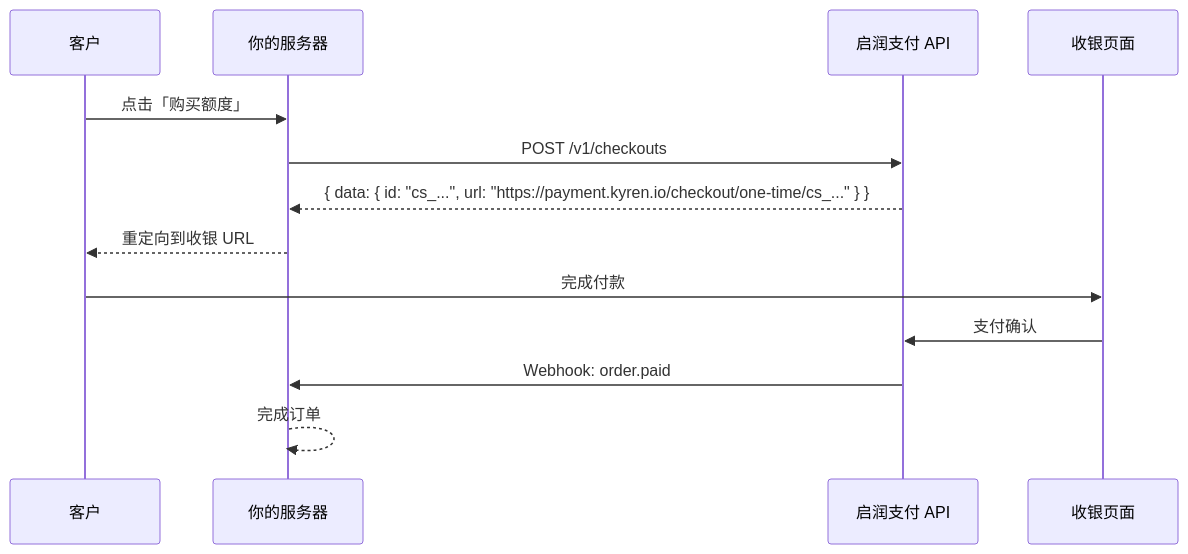
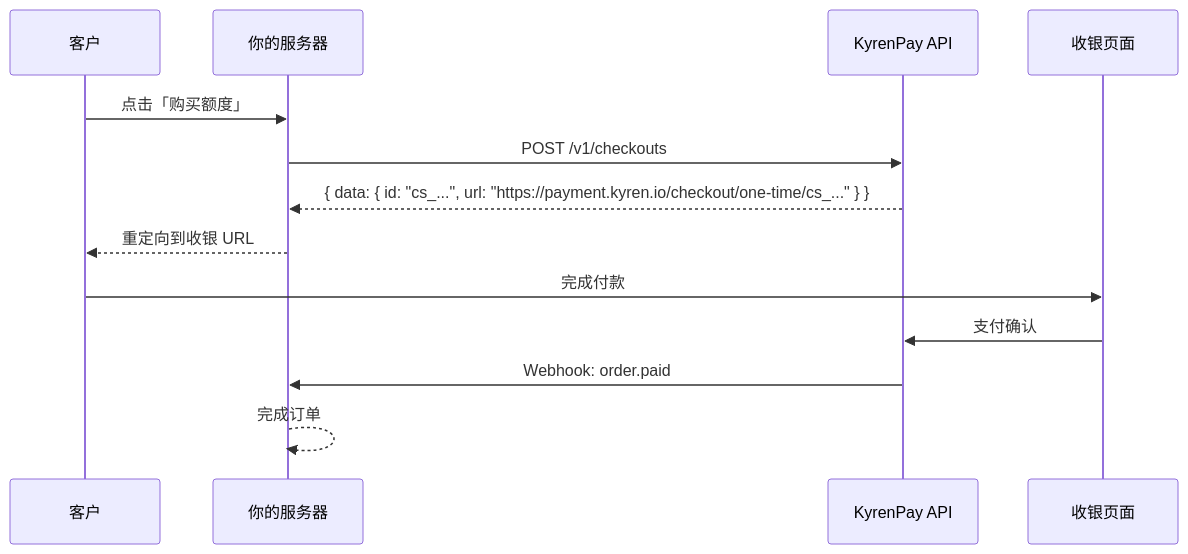
The diagram in zh/guides/collect-first-payment.mdx (kyren-network/mintlify-docs), drawn with Mermaid before and after one commit. The commit also changed other lines of this file and 160 other files, not shown here.

Commit message:
docs: align KyrenPay branding and improve multilingual SEO

````diff
--- a/zh/guides/collect-first-payment.mdx
+++ b/zh/guides/collect-first-payment.mdx
@@ -24,16 +25,16 @@
 ```mermaid
 sequenceDiagram
     participant Customer as 客户
     participant YourServer as 你的服务器
-    participant KyrenPay as 启润支付 API
+    participant KyrenPay as KyrenPay API
     participant Checkout as 收银页面
 
     Customer->>YourServer: 点击「购买额度」
     YourServer->>KyrenPay: POST /v1/checkouts
     KyrenPay-->>YourServer: { data: { id: "cs_...", url: "https://payment.kyren.io/checkout/one-time/cs_..." } }
     YourServer-->>Customer: 重定向到收银 URL
     Customer->>Checkout: 完成付款
     Checkout->>KyrenPay: 支付确认
     KyrenPay->>YourServer: Webhook: order.paid
     YourServer-->>YourServer: 完成订单
 ```
````
